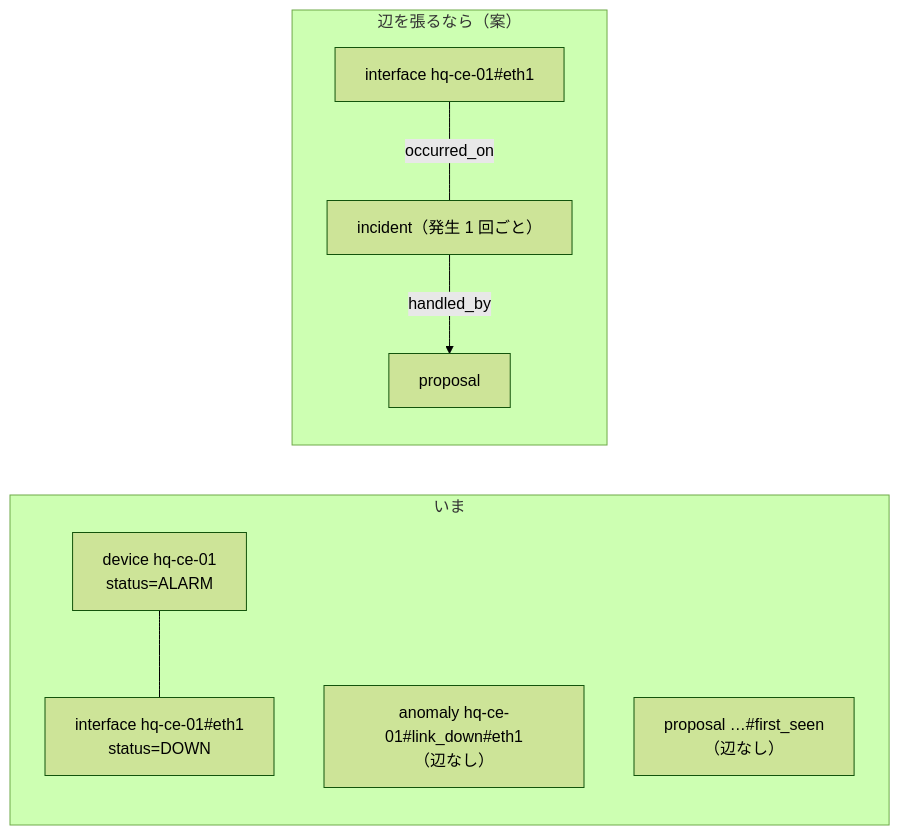
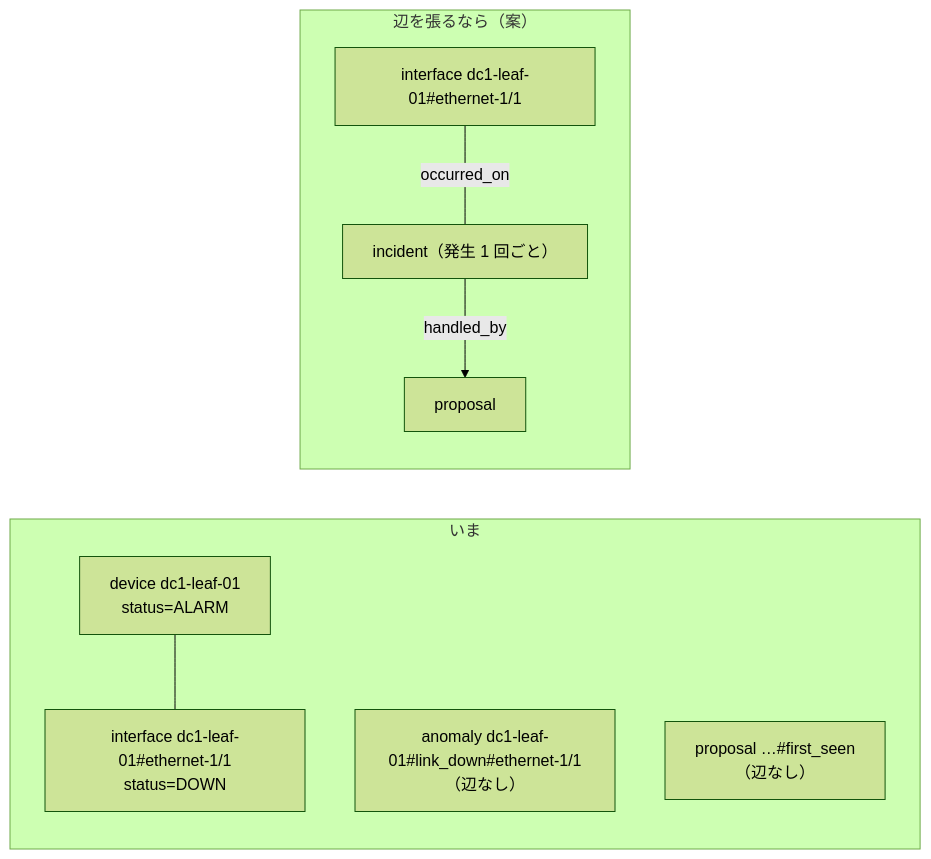
Before and after one commit to eddie-eights/cf-netops-sandbox: the second of 2 diagrams in docs/data-stores.md, drawn with Mermaid (forest theme). The commit also changed other lines of this file and 76 other files, not shown here.

````diff
--- a/docs/data-stores.md
+++ b/docs/data-stores.md
@@ -194,12 +211,12 @@
 ```mermaid
 flowchart LR
   subgraph now["いま"]
-    D1["device hq-ce-01<br/>status=ALARM"] --- I1["interface hq-ce-01#eth1<br/>status=DOWN"]
-    A1["anomaly hq-ce-01#link_down#eth1<br/>（辺なし）"]
+    D1["device dc1-leaf-01<br/>status=ALARM"] --- I1["interface dc1-leaf-01#ethernet-1/1<br/>status=DOWN"]
+    A1["anomaly dc1-leaf-01#link_down#ethernet-1/1<br/>（辺なし）"]
     P1["proposal …#first_seen<br/>（辺なし）"]
   end
   subgraph idea["辺を張るなら（案）"]
-    I2["interface hq-ce-01#eth1"] -- "occurred_on" --- X2["incident（発生 1 回ごと）"]
+    I2["interface dc1-leaf-01#ethernet-1/1"] -- "occurred_on" --- X2["incident（発生 1 回ごと）"]
     X2 -- "handled_by" --> P2["proposal"]
   end
 ```
````
